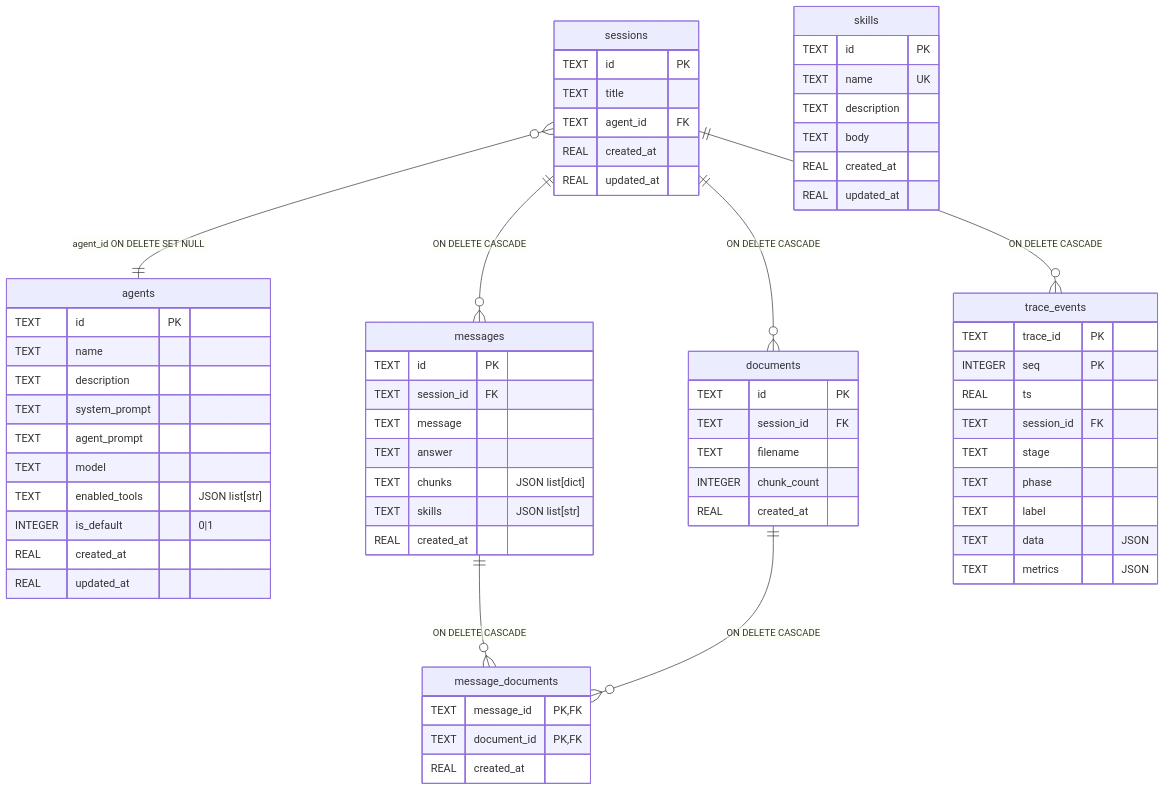
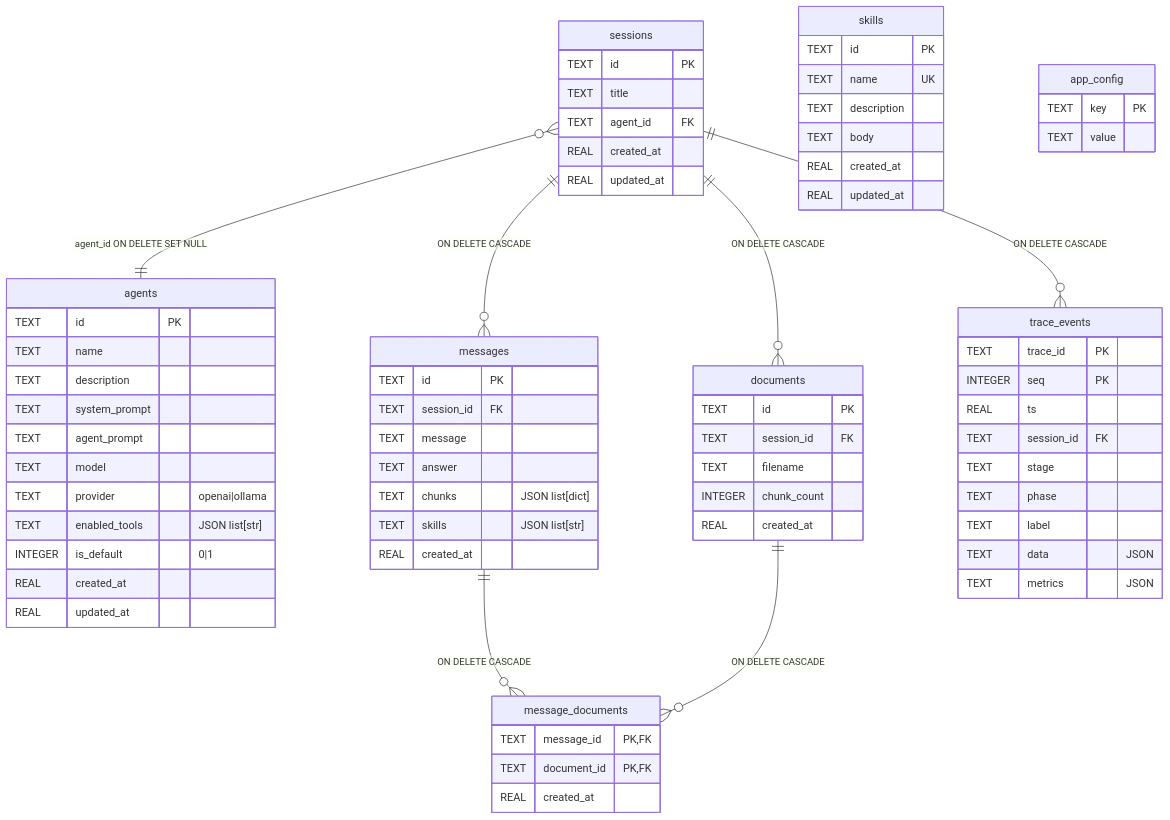
One commit to marconildo/AgentSimulator changed the diagram in docs/data-model.md. Above: the diagram before and after it, drawn with Mermaid. The commit also changed other lines of this file and 76 other files, not shown here.

First line of the commit message:
feat: Implement Ollama local provider and embeddings support

````diff
--- a/docs/data-model.md
+++ b/docs/data-model.md
@@ -16,69 +16,74 @@
 ```mermaid
 erDiagram
     sessions {
         TEXT id PK
         TEXT title
         TEXT agent_id FK
         REAL created_at
         REAL updated_at
     }
     agents {
         TEXT id PK
         TEXT name
         TEXT description
         TEXT system_prompt
         TEXT agent_prompt
         TEXT model
+        TEXT provider "openai|ollama"
         TEXT enabled_tools "JSON list[str]"
         INTEGER is_default "0|1"
         REAL created_at
         REAL updated_at
     }
     messages {
         TEXT id PK
         TEXT session_id FK
         TEXT message
         TEXT answer
         TEXT chunks "JSON list[dict]"
         TEXT skills "JSON list[str]"
         REAL created_at
     }
     documents {
         TEXT id PK
         TEXT session_id FK
         TEXT filename
         INTEGER chunk_count
         REAL created_at
     }
     message_documents {
         TEXT message_id PK,FK
         TEXT document_id PK,FK
         REAL created_at
     }
     skills {
         TEXT id PK
         TEXT name UK
         TEXT description
         TEXT body
         REAL created_at
         REAL updated_at
     }
     trace_events {
         TEXT trace_id PK
         INTEGER seq PK
         REAL ts
         TEXT session_id FK
         TEXT stage
         TEXT phase
         TEXT label
         TEXT data "JSON"
         TEXT metrics "JSON"
     }
+    app_config {
+        TEXT key PK
+        TEXT value
+    }
 
     sessions          }o--|| agents   : "agent_id ON DELETE SET NULL"
     sessions          ||--o{ messages : "ON DELETE CASCADE"
     sessions          ||--o{ documents : "ON DELETE CASCADE"
     sessions          ||--o{ trace_events : "ON DELETE CASCADE"
     messages          ||--o{ message_documents : "ON DELETE CASCADE"
     documents         ||--o{ message_documents : "ON DELETE CASCADE"
 ```
````
